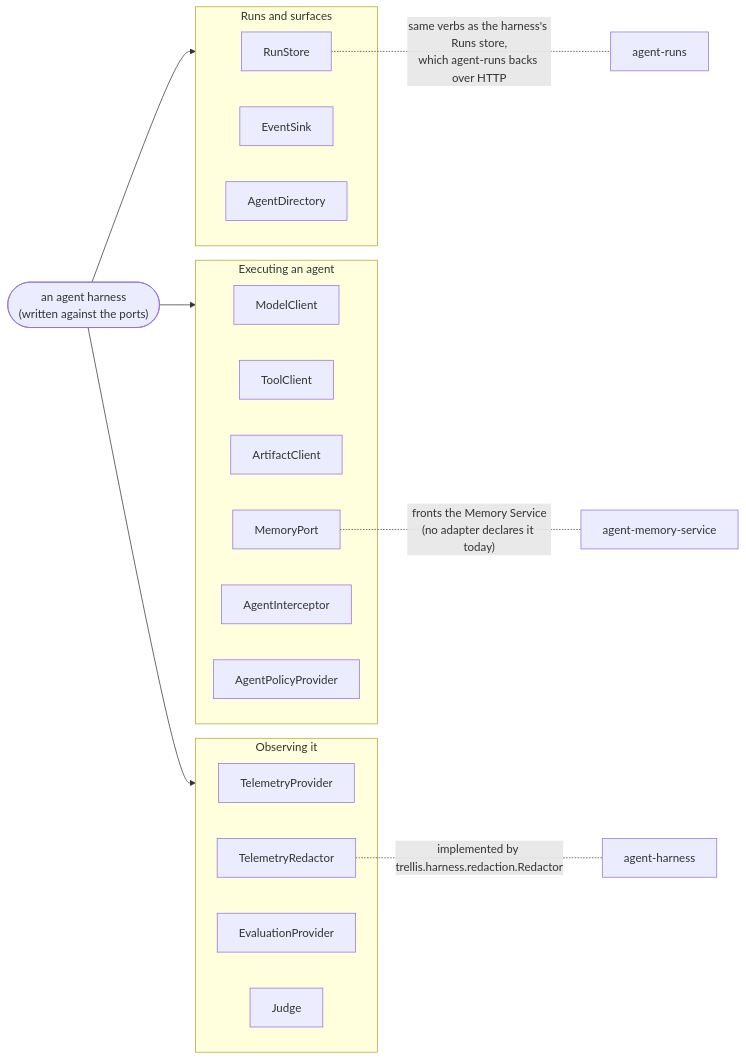
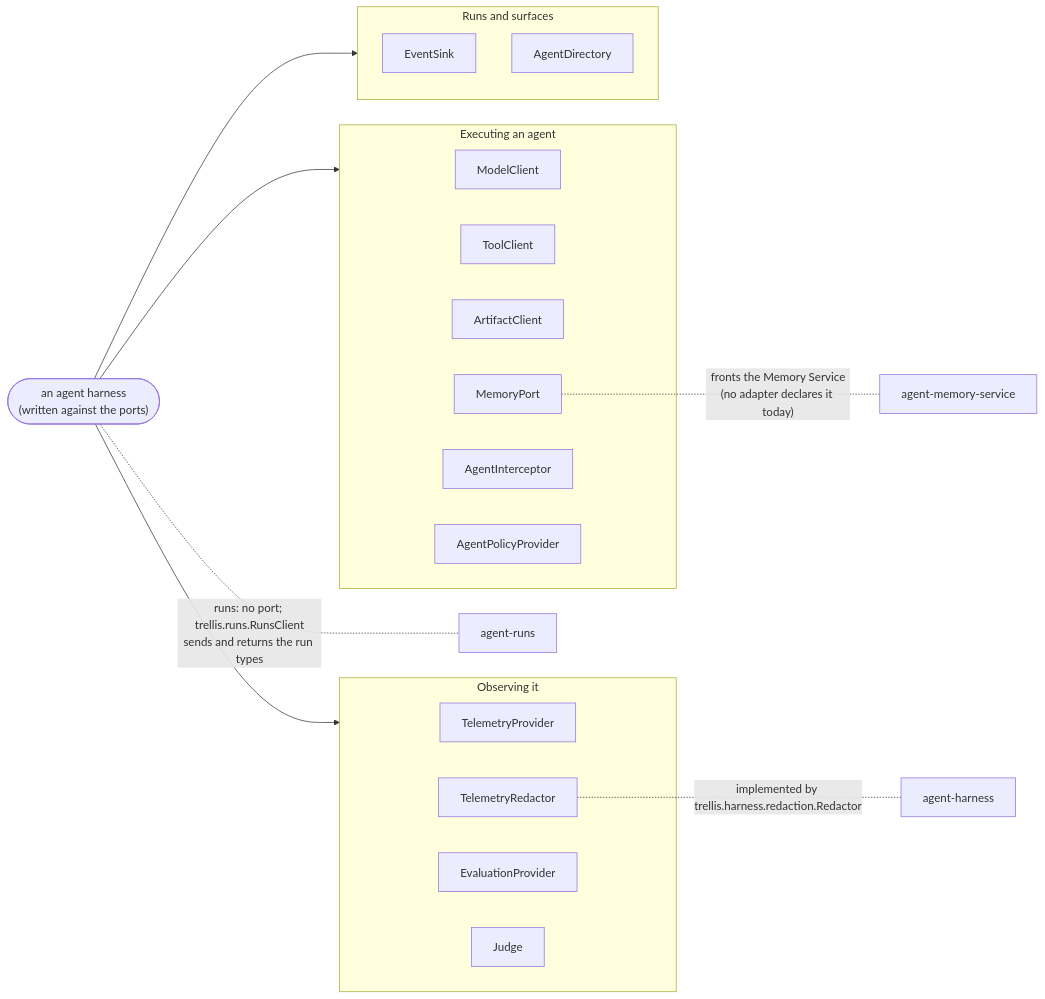
Before and after one commit to amitmohapatra/agent-contracts: the third of 11 diagrams in docs/ARCHITECTURE.md, drawn with Mermaid. The commit also changed other lines of this file and 10 other files, not shown here.

First line of the commit message:
Delete the dead RunStore port; runs use trellis.runs verbs (0.5.0) (#4)

````diff
--- a/docs/ARCHITECTURE.md
+++ b/docs/ARCHITECTURE.md
@@ -78,32 +78,31 @@
 ```mermaid
 flowchart LR
   core(["an agent harness<br/>(written against the ports)"])
 
   subgraph exec[Executing an agent]
     MC[ModelClient]
     TC[ToolClient]
     AC[ArtifactClient]
     MP[MemoryPort]
     AI[AgentInterceptor]
     PP[AgentPolicyProvider]
   end
   subgraph observe[Observing it]
     TP[TelemetryProvider]
     TR[TelemetryRedactor]
     EP[EvaluationProvider]
     JU[Judge]
   end
   subgraph durable[Runs and surfaces]
-    RS[RunStore]
     ES[EventSink]
     AD[AgentDirectory]
   end
 
   core --> exec
   core --> observe
   core --> durable
 
   TR -. "implemented by trellis.harness.redaction.Redactor" .- HR["agent-harness"]
-  RS -. "same verbs as the harness's Runs store,<br/>which agent-runs backs over HTTP" .- RUNS["agent-runs"]
+  core -. "runs: no port; trellis.runs.RunsClient<br/>sends and returns the run types" .- RUNS["agent-runs"]
   MP -. "fronts the Memory Service<br/>(no adapter declares it today)" .- MEM["agent-memory-service"]
 ```
````
